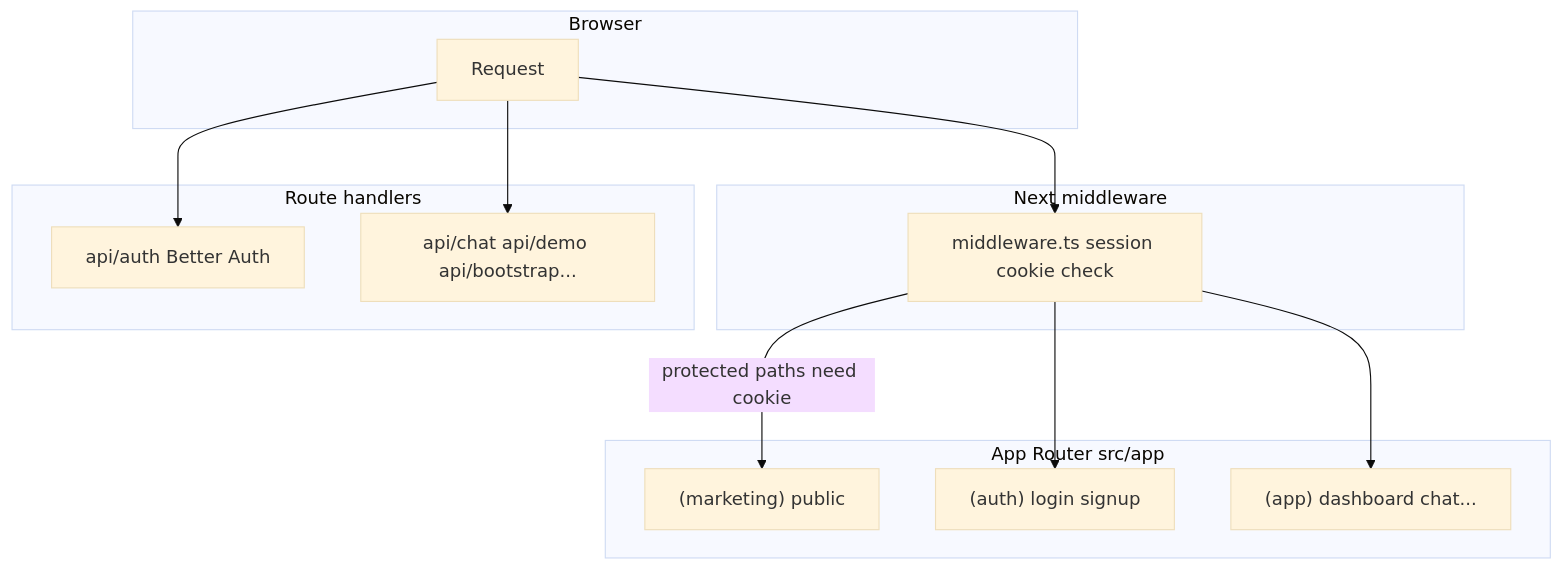
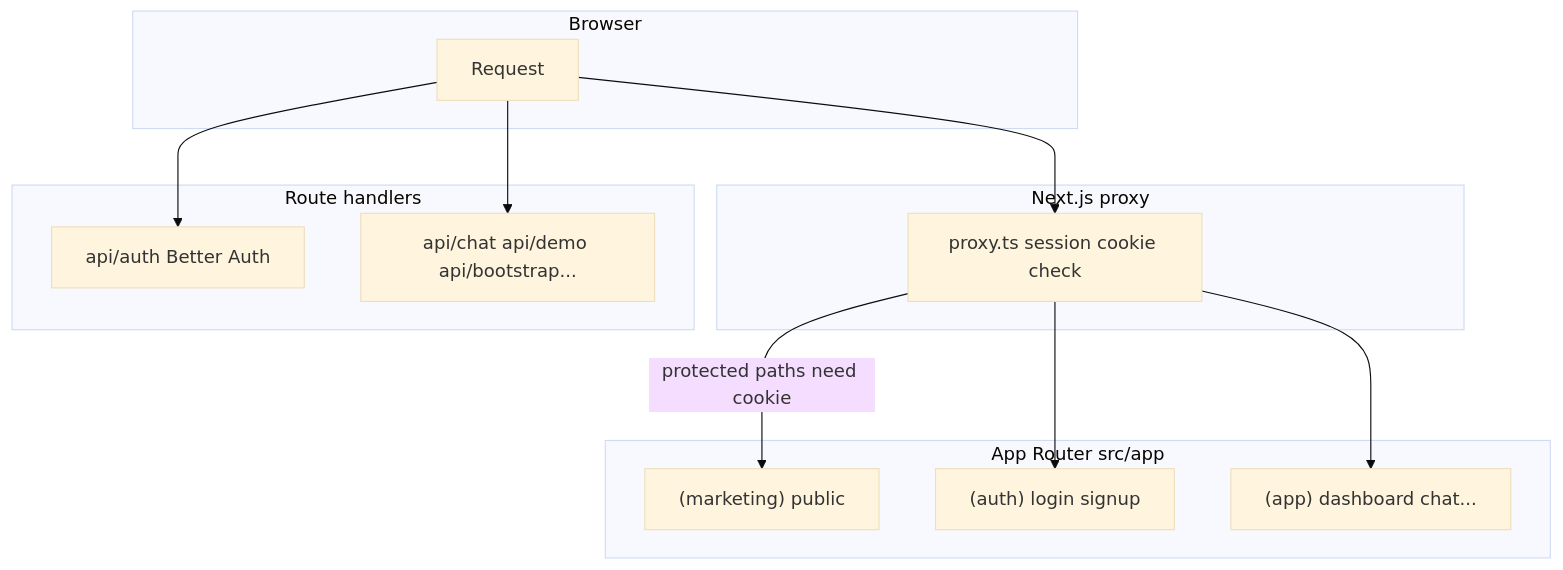
The diagram in docs/ARCHITECTURE.md (silentdany/templaite), drawn with Mermaid (base theme) before and after one commit. The commit also changed other lines of this file and 8 other files, not shown here.

First line of the commit message:
docs: update architecture and session management references

````diff
--- a/docs/ARCHITECTURE.md
+++ b/docs/ARCHITECTURE.md
@@ -7,28 +7,28 @@
 ```mermaid
 flowchart TD
   subgraph browser [Browser]
     req[Request]
   end
 
-  subgraph edge [Next middleware]
-    mw[middleware.ts session cookie check]
+  subgraph edge [Next.js proxy]
+    mw[proxy.ts session cookie check]
   end
 
   subgraph appRouter [App Router src/app]
     marketing["(marketing) public"]
     auth["(auth) login signup"]
     app["(app) dashboard chat..."]
   end
 
   subgraph api [Route handlers]
     authApi["api/auth Better Auth"]
     appApi["api/chat api/demo api/bootstrap..."]
   end
 
   req --> mw
   mw -->|"protected paths need cookie"| marketing
   mw --> auth
   mw --> app
   req --> authApi
   req --> appApi
 ```
````
